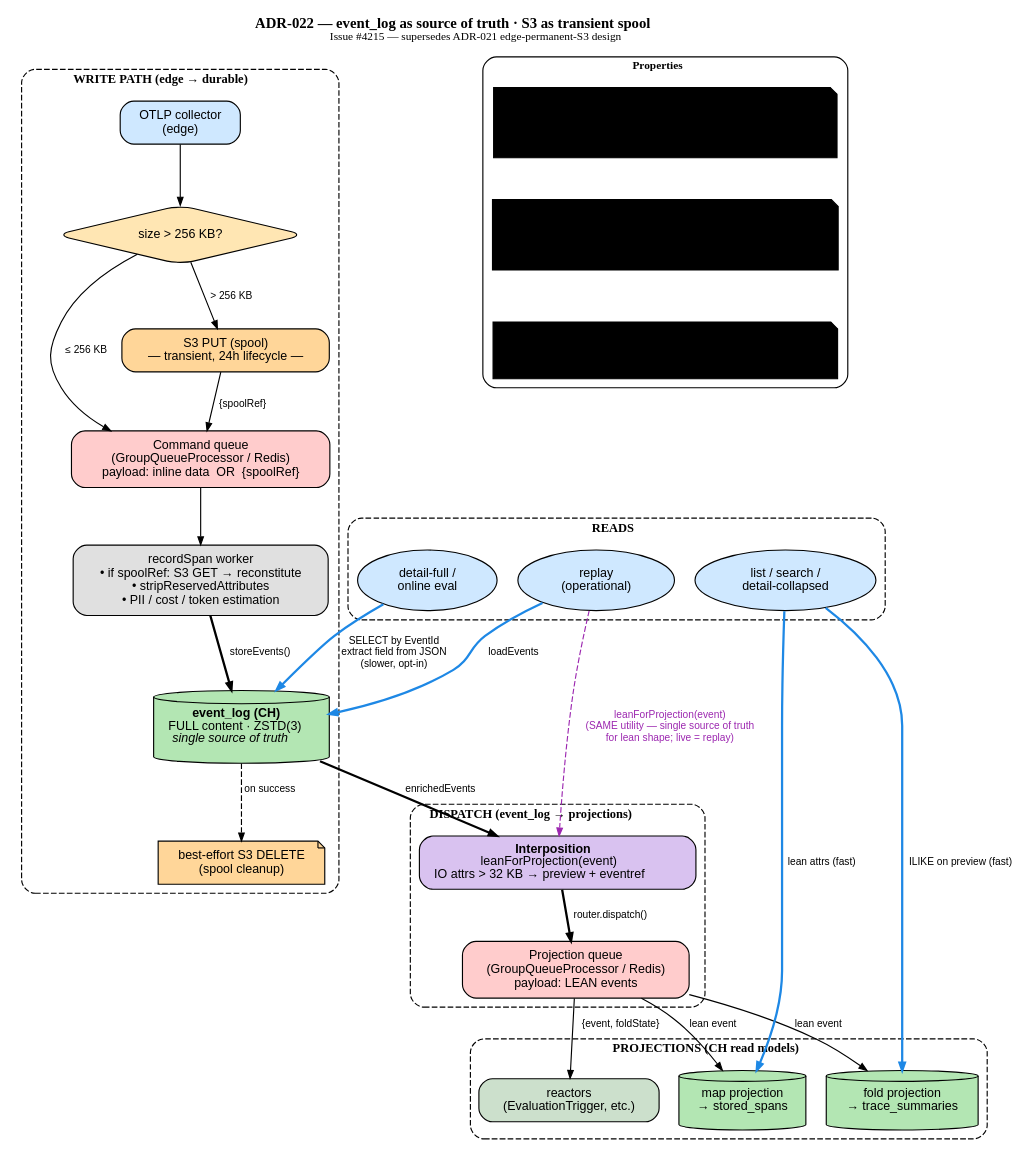
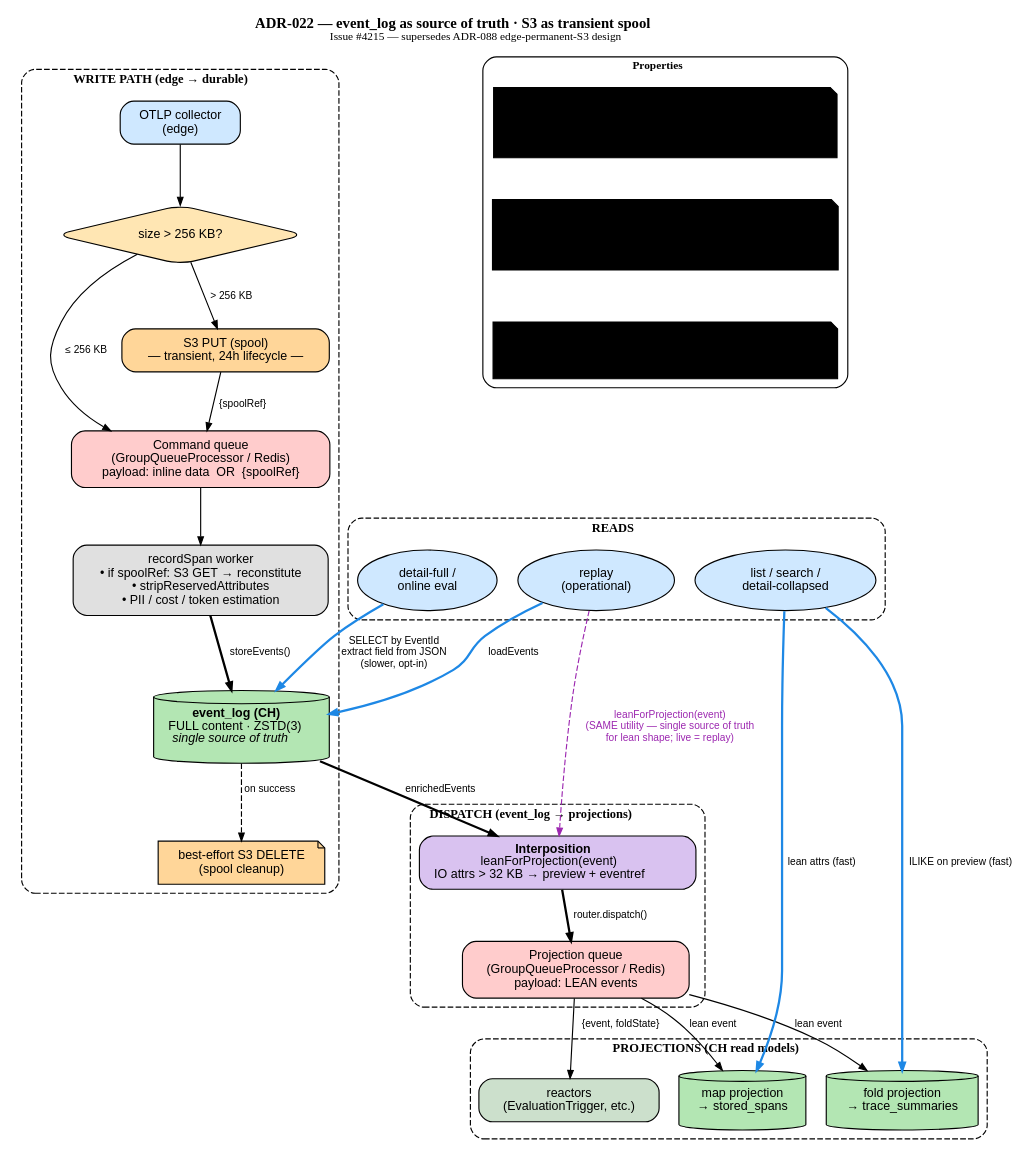
Before and after one commit to langwatch/langwatch: the diagram in specs/event-sourcing/assets/large-trace-blob-offload-dataflow-v2.dot, drawn with Graphviz. The commit also changed 478 other files, not shown here.

```diff
--- a/specs/event-sourcing/assets/large-trace-blob-offload-dataflow-v2.dot
+++ b/specs/event-sourcing/assets/large-trace-blob-offload-dataflow-v2.dot
@@ -1,102 +1,102 @@
 digraph G {
   rankdir=TB;
   bgcolor="white";
   node [fontname="Helvetica", fontsize=11, shape=box, style="filled,rounded", margin="0.18,0.10"];
   edge [fontname="Helvetica", fontsize=9, color="#333", arrowsize=0.7];
 
   labelloc=t;
-  label=<<B>ADR-022 — event_log as source of truth · S3 as transient spool</B><BR/><FONT POINT-SIZE="10">Issue #4215 — supersedes ADR-021 edge-permanent-S3 design</FONT>>;
+  label=<<B>ADR-022 — event_log as source of truth · S3 as transient spool</B><BR/><FONT POINT-SIZE="10">Issue #4215 — supersedes ADR-088 edge-permanent-S3 design</FONT>>;
   fontsize=13;
 
   // ============== WRITE PATH ==============
   subgraph cluster_write {
     label=<<B>WRITE PATH (edge → durable)</B>>;
     style="rounded,dashed";
     color="#888";
     fontsize=11;
 
     edge_in [label="OTLP collector\n(edge)", fillcolor="#cfe8ff"];
     size_check [label="size > 256 KB?", shape=diamond, fillcolor="#ffe6b3", height=0.4];
     spool_put [label="S3 PUT (spool)\n— transient, 24h lifecycle —", fillcolor="#ffd699"];
 
     cmd_queue [label="Command queue\n(GroupQueueProcessor / Redis)\npayload: inline data  OR  {spoolRef}", fillcolor="#ffcccc"];
 
     worker [label="recordSpan worker\n• if spoolRef: S3 GET → reconstitute\n• stripReservedAttributes\n• PII / cost / token estimation", fillcolor="#e0e0e0"];
 
     event_log [label=< <B>event_log (CH)</B><BR/>FULL content · ZSTD(3)<BR/><I>single source of truth</I> >, fillcolor="#b3e6b3", shape=cylinder, height=0.6];
 
     spool_delete [label="best-effort S3 DELETE\n(spool cleanup)", fillcolor="#ffd699", shape=note];
 
     edge_in -> size_check;
     size_check -> cmd_queue [label="≤ 256 KB"];
     size_check -> spool_put [label="> 256 KB"];
     spool_put -> cmd_queue [label="{spoolRef}"];
     cmd_queue -> worker;
     worker -> event_log [label="storeEvents()", penwidth=2];
     event_log -> spool_delete [label="on success", style=dashed, color="#999"];
   }
 
   // ============== INTERPOSITION + DISPATCH ==============
   subgraph cluster_dispatch {
     label=<<B>DISPATCH (event_log → projections)</B>>;
     style="rounded,dashed";
     color="#888";
     fontsize=11;
 
     interpose [label=< <B>Interposition</B><BR/>leanForProjection(event)<BR/>IO attrs &gt; 32 KB → preview + eventref >, fillcolor="#d9c2f0"];
     proj_queue [label="Projection queue\n(GroupQueueProcessor / Redis)\npayload: LEAN events", fillcolor="#ffcccc"];
 
     interpose -> proj_queue [label="router.dispatch()", penwidth=2];
   }
 
   event_log -> interpose [label="enrichedEvents", penwidth=2];
 
   // ============== PROJECTIONS (CH read models) ==============
   subgraph cluster_proj {
     label=<<B>PROJECTIONS (CH read models)</B>>;
     style="rounded,dashed";
     color="#888";
     fontsize=11;
 
     fold_p [label="fold projection\n→ trace_summaries", fillcolor="#b3e6b3", shape=cylinder, height=0.5];
     map_p [label="map projection\n→ stored_spans", fillcolor="#b3e6b3", shape=cylinder, height=0.5];
     reactors [label="reactors\n(EvaluationTrigger, etc.)", fillcolor="#cce0cc"];
   }
 
   proj_queue -> fold_p [label="lean event"];
   proj_queue -> map_p [label="lean event"];
   proj_queue -> reactors [label="{event, foldState}"];
 
   // ============== READS ==============
   subgraph cluster_reads {
     label=<<B>READS</B>>;
     style="rounded,dashed";
     color="#888";
     fontsize=11;
 
     user_list [label="list / search /\ndetail-collapsed", fillcolor="#cfe8ff", shape=oval];
     user_full [label="detail-full /\nonline eval", fillcolor="#cfe8ff", shape=oval];
     replay_node [label="replay\n(operational)", fillcolor="#cfe8ff", shape=oval];
   }
 
   user_list -> fold_p [label="ILIKE on preview (fast)", color="#1e88e5", style=bold];
   user_list -> map_p [label="lean attrs (fast)", color="#1e88e5", style=bold];
   user_full -> event_log [label="SELECT by EventId\nextract field from JSON\n(slower, opt-in)", color="#1e88e5", style=bold];
   replay_node -> event_log [label="loadEvents", color="#1e88e5", style=bold];
   replay_node -> interpose [label="leanForProjection(event)\n(SAME utility — single source of truth\nfor lean shape; live = replay)", color="#9c27b0", style=dashed, fontcolor="#9c27b0"];
 
   // ============== LEGEND ==============
   subgraph cluster_legend {
     label=<<B>Properties</B>>;
     style="rounded";
     fontsize=10;
     color="#666";
 
     note_durable [label="event_log is the single source of truth.\nFull content lives there, ZSTD-compressed.\nS3 holds only transient spools (delete on success,\n24h lifecycle safety net).", fillcolor="#eef", shape=note];
     note_lean [label="leanForProjection() is the ONE place where\nlean shape is defined. Live ingestion and replay\nBOTH apply it before invoking projection handlers,\nso projection state is path-independent.", fillcolor="#eef", shape=note];
     note_search [label="Search & list use the preview in projections (fast).\nFull-content search requires a JOIN to event_log\n(slower, opt-in).", fillcolor="#eef", shape=note];
 
     note_durable -> note_lean [style=invis];
     note_lean -> note_search [style=invis];
   }
 }
```
